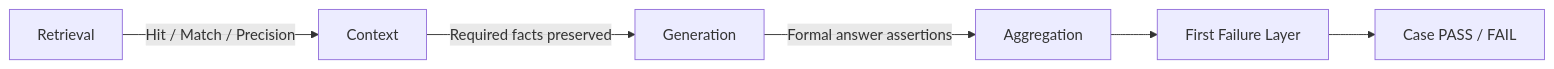
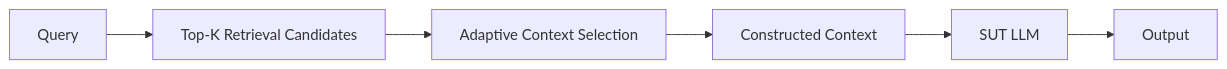
The second of 4 diagrams in docs/automated_ai_evaluation.md (oleksandrserhieiev-beep/ai-qe-lab), drawn with Mermaid before and after one commit. The commit also changed other lines of this file, not shown here.

````diff
--- a/docs/automated_ai_evaluation.md
+++ b/docs/automated_ai_evaluation.md
@@ -61,8 +54,8 @@
 ```mermaid
 flowchart LR
-    R[Retrieval] -->|Hit / Match / Precision| C[Context]
-    C -->|Required facts preserved| G[Generation]
-    G -->|Formal answer assertions| A[Aggregation]
-    A --> L[First Failure Layer]
-    L --> P[Case PASS / FAIL]
+    Q[Query] --> R[Top-K Retrieval Candidates]
+    R --> A[Adaptive Context Selection]
+    A --> C[Constructed Context]
+    C --> S[SUT LLM]
+    S --> O[Output]
 ```
````
